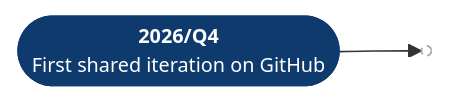
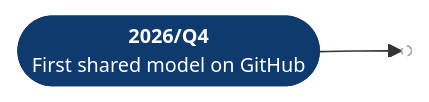
One commit to openfacility/.github changed the second of 4 diagrams in profile/README.md. Above: the diagram before and after it, drawn with Mermaid.

Commit message:
Relabel the timeline point: First shared model on GitHub

````diff
--- a/profile/README.md
+++ b/profile/README.md
@@ -59,9 +59,9 @@
 ```mermaid
 %%{init: {"themeVariables": {"fontSize": "12px"}, "flowchart": {"padding": 6}}}%%
 flowchart LR
-  t1(["<b>2026/Q4</b><br/>First shared iteration on GitHub"]) --> next(( ))
+  t1(["<b>2026/Q4</b><br/>First shared model on GitHub"]) --> next(( ))
   classDef done fill:#0f3a6e,stroke:#0f3a6e,color:#ffffff,font-size:12px
   classDef future fill:transparent,stroke:#9ca3af,stroke-dasharray:4 3
   class t1 done
   class next future
 ```
````
